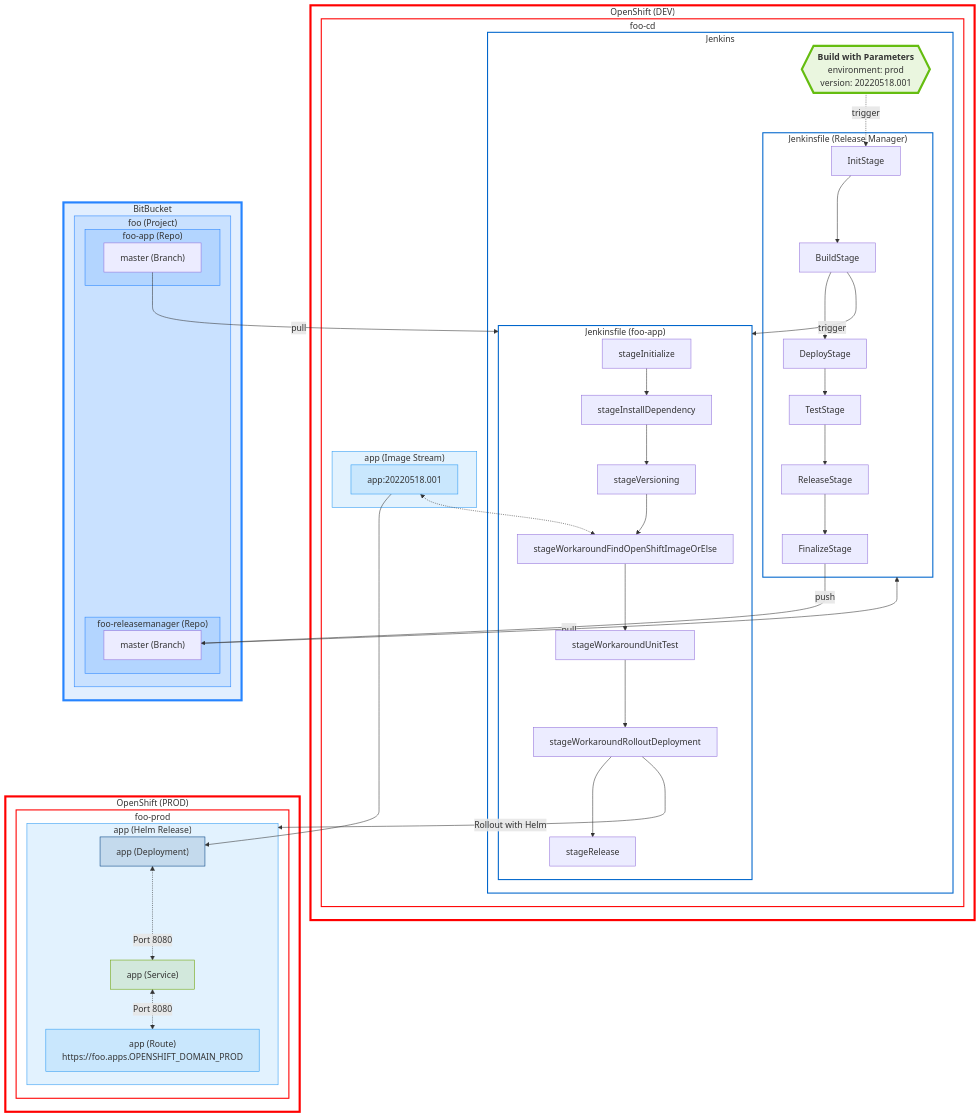
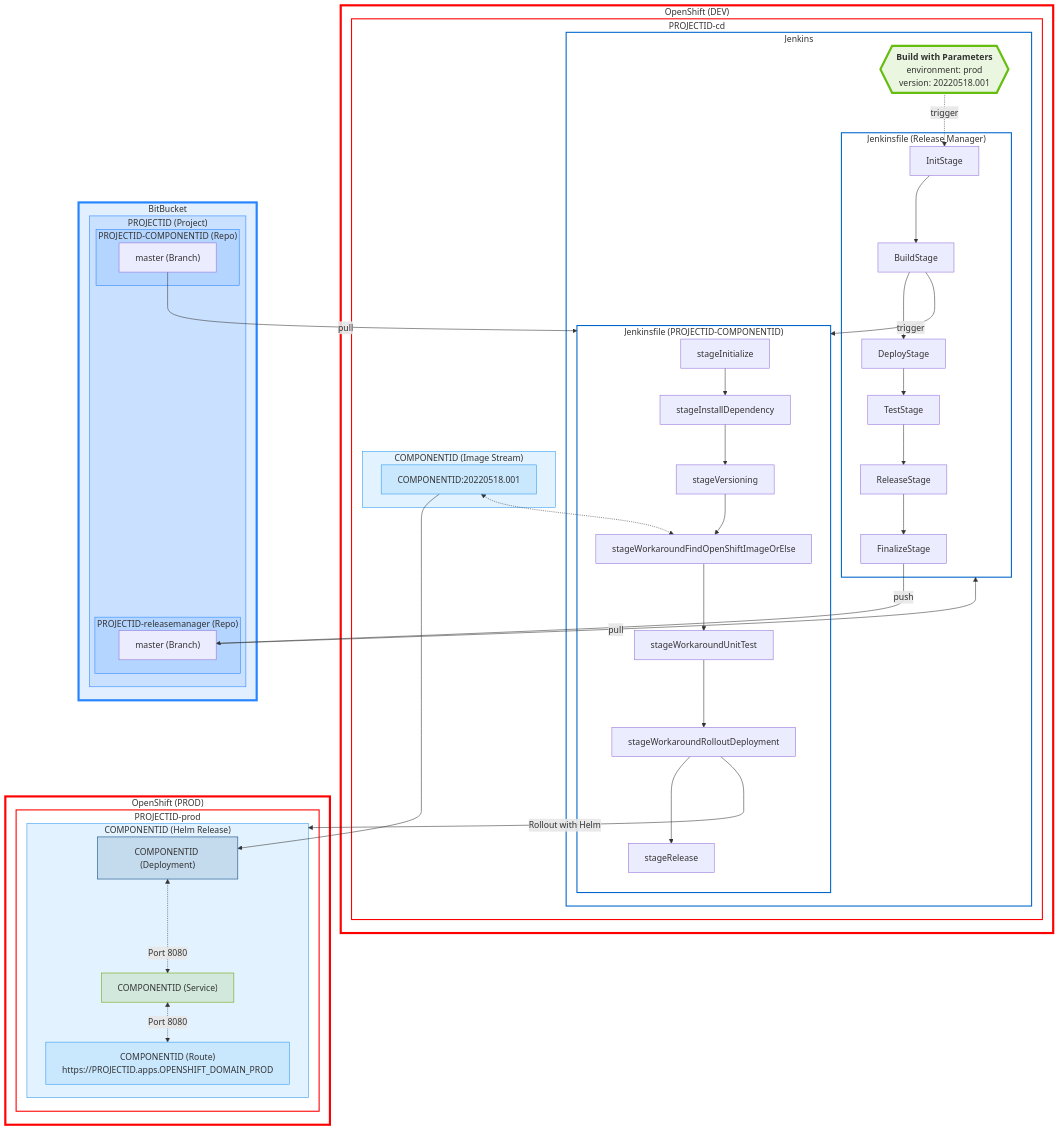
The fifth of 5 diagrams in README.md (SimonGolms/ods-quickstarter-fe-ionic-react-vite-playwright), drawn with Mermaid before and after one commit. The commit also changed other lines of this file, not shown here.

````diff
--- a/README.md
+++ b/README.md
@@ -875,70 +875,70 @@
 ```mermaid
 %% If the Mermaid Diagram is not rendered (as is the case on BitBucket), it can be viewed at https://mermaid.live/
 flowchart TB
     subgraph openshift-dev["OpenShift (DEV)"]
-        subgraph foo-cd
+        subgraph PROJECTID-cd
             subgraph jenkins["Jenkins"]
                 build-with-parameters{{"<strong>Build with Parameters</strong>\nenvironment: prod\nversion: 20220518.001"}}:::classManualTask
                 subgraph jenkinsfile-releasemanager["Jenkinsfile (Release Manager)"]
                     InitStage --> BuildStage --> DeployStage --> TestStage --> ReleaseStage --> FinalizeStage
                 end
-                subgraph jenkinsfile-foo-app["Jenkinsfile (foo-app)"]
+                subgraph jenkinsfile-PROJECTID-COMPONENTID["Jenkinsfile (PROJECTID-COMPONENTID)"]
                     stageInitialize --> stageInstallDependency --> stageVersioning --> stageWorkaroundFindOpenShiftImageOrElse --> stageWorkaroundUnitTest --> stageWorkaroundRolloutDeployment --> stageRelease
                 end
             end
-            subgraph cd-IS-app["app (Image Stream)"]
-                cd-IST-app["app:20220518.001"]:::classImageStreamTag
+            subgraph cd-IS-COMPONENTID["COMPONENTID (Image Stream)"]
+                cd-IST-COMPONENTID["COMPONENTID:20220518.001"]:::classImageStreamTag
             end
         end
     end
     subgraph openshift-prod["OpenShift (PROD)"]
-        subgraph foo-prod
-            subgraph prod-HR-app["app (Helm Release)"]
-                prod-D-app["app (Deployment)"]:::classDeployment <-. Port 8080 .-> prod-S-app["app (Service)"]:::classService <-. Port 8080 .-> prod-RT-app["app (Route)\nhttps://foo.apps.OPENSHIFT_DOMAIN_PROD"]:::classRoute
+        subgraph PROJECTID-prod
+            subgraph prod-HR-COMPONENTID["COMPONENTID (Helm Release)"]
+                prod-D-COMPONENTID["COMPONENTID (Deployment)"]:::classDeployment <-. Port 8080 .-> prod-S-COMPONENTID["COMPONENTID (Service)"]:::classService <-. Port 8080 .-> prod-RT-COMPONENTID["COMPONENTID (Route)\nhttps://PROJECTID.apps.OPENSHIFT_DOMAIN_PROD"]:::classRoute
             end
         end
     end
     subgraph BitBucket
-        subgraph bitbucket-foo["foo (Project)"]
-            subgraph bitbucket-foo-app["foo-app (Repo)"]
-                bitbucket-foo-app-branch-master["master (Branch)"]
+        subgraph bitbucket-PROJECTID["PROJECTID (Project)"]
+            subgraph bitbucket-PROJECTID-COMPONENTID["PROJECTID-COMPONENTID (Repo)"]
+                bitbucket-PROJECTID-COMPONENTID-branch-master["master (Branch)"]
             end
-            subgraph bitbucket-foo-releasemanager["foo-releasemanager (Repo)"]
-                bitbucket-foo-releasemanager-branch-master["master (Branch)"]
+            subgraph bitbucket-PROJECTID-releasemanager["PROJECTID-releasemanager (Repo)"]
+                bitbucket-PROJECTID-releasemanager-branch-master["master (Branch)"]
             end
         end
     end
 
-cd-IST-app --> prod-D-app
-cd-IST-app <-.-> stageWorkaroundFindOpenShiftImageOrElse
-bitbucket-foo-app-branch-master -- pull --> jenkinsfile-foo-app
-bitbucket-foo-releasemanager-branch-master -- pull --> jenkinsfile-releasemanager
-BuildStage -- trigger --> jenkinsfile-foo-app
+cd-IST-COMPONENTID --> prod-D-COMPONENTID
+cd-IST-COMPONENTID <-.-> stageWorkaroundFindOpenShiftImageOrElse
+bitbucket-PROJECTID-COMPONENTID-branch-master -- pull --> jenkinsfile-PROJECTID-COMPONENTID
+bitbucket-PROJECTID-releasemanager-branch-master -- pull --> jenkinsfile-releasemanager
+BuildStage -- trigger --> jenkinsfile-PROJECTID-COMPONENTID
 build-with-parameters -. trigger .-> InitStage
-FinalizeStage -- push --> bitbucket-foo-releasemanager-branch-master
-stageWorkaroundRolloutDeployment -- "Rollout with Helm" --> prod-HR-app
+FinalizeStage -- push --> bitbucket-PROJECTID-releasemanager-branch-master
+stageWorkaroundRolloutDeployment -- "Rollout with Helm" --> prod-HR-COMPONENTID
 
 %% stlyes
 classDef classBitBucket fill:#2684FF22,stroke:#2684FF,stroke-width:4px
 classDef classBitBucketProject fill:#2684FF22,stroke:#2684FF
 classDef classBuildConfig fill:#00408022,stroke:#004080
 classDef classDeployment fill:#00408022,stroke:#004080
 classDef classDeploymentConfig fill:#00408022,stroke:#004080
 classDef classHelmRelease fill:#2b9af322,stroke:#2b9af3
 classDef classImageStream fill:#2b9af322,stroke:#2b9af3
 classDef classImageStreamTag fill:#2b9af322,stroke:#2b9af3
 classDef classOcpProject fill:#ffffff00,stroke:#f00,stroke-width:2px
 classDef classOcpResource fill:#ffffff00,stroke:#06c,stroke-width:2px
 classDef classOpenShift fill:#ffffff00,stroke:#f00,stroke-width:4px
 classDef classRoute fill:#2b9af322,stroke:#2b9af3
 classDef classService fill:#6ca10022,stroke:#6ca100
 classDef classManualTask fill:#65bd1022,stroke:#65bd10,stroke-width:4px
 
 class BitBucket classBitBucket
-class bitbucket-foo,bitbucket-foo-app,bitbucket-foo-releasemanager classBitBucketProject
-class prod-HR-app classHelmRelease
-class cd-IS-app classImageStream
-class aqua,ods,foo-cd,foo-prod classOcpProject
-class aqua-aqua,jenkins,jenkinsfile-foo-app,jenkinsfile-releasemanager,sonarqube,webhook-proxy classOcpResource
+class bitbucket-PROJECTID,bitbucket-PROJECTID-COMPONENTID,bitbucket-PROJECTID-releasemanager classBitBucketProject
+class prod-HR-COMPONENTID classHelmRelease
+class cd-IS-COMPONENTID classImageStream
+class aqua,ods,PROJECTID-cd,PROJECTID-prod classOcpProject
+class aqua-aqua,jenkins,jenkinsfile-PROJECTID-COMPONENTID,jenkinsfile-releasemanager,sonarqube,webhook-proxy classOcpResource
 class openshift-dev,openshift-prod classOpenShift
 ```
````
